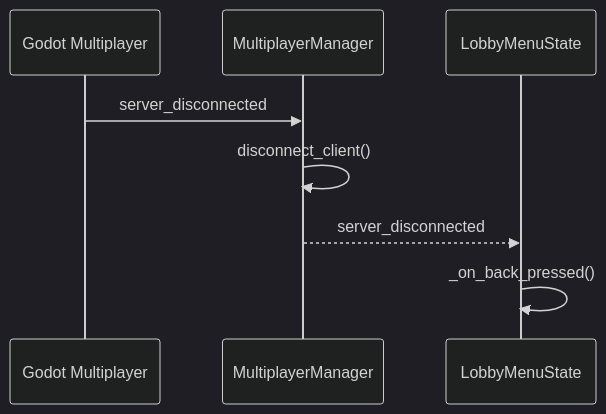
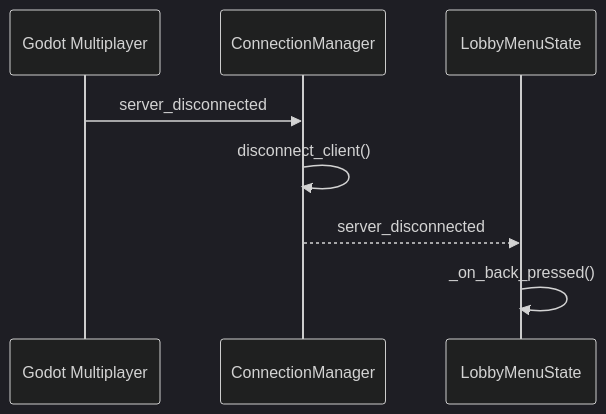
Before and after one commit to ssebs/DankNooner: diagram 12 of 13 in v2/planning_docs/LobbyGameFlowMP.md, drawn with Mermaid (dark theme). The commit also changed other lines of this file and 2 other files, not shown here.

````diff
--- a/v2/planning_docs/LobbyGameFlowMP.md
+++ b/v2/planning_docs/LobbyGameFlowMP.md
@@ -382,11 +391,11 @@
 ```mermaid
 sequenceDiagram
     participant Godot as Godot Multiplayer
-    participant MM as MultiplayerManager
+    participant CM as ConnectionManager
     participant Lobby as LobbyMenuState
 
-    Godot->>MM: server_disconnected
-    MM->>MM: disconnect_client()
-    MM-->>Lobby: server_disconnected
+    Godot->>CM: server_disconnected
+    CM->>CM: disconnect_client()
+    CM-->>Lobby: server_disconnected
     Lobby->>Lobby: _on_back_pressed()
 ```
````
